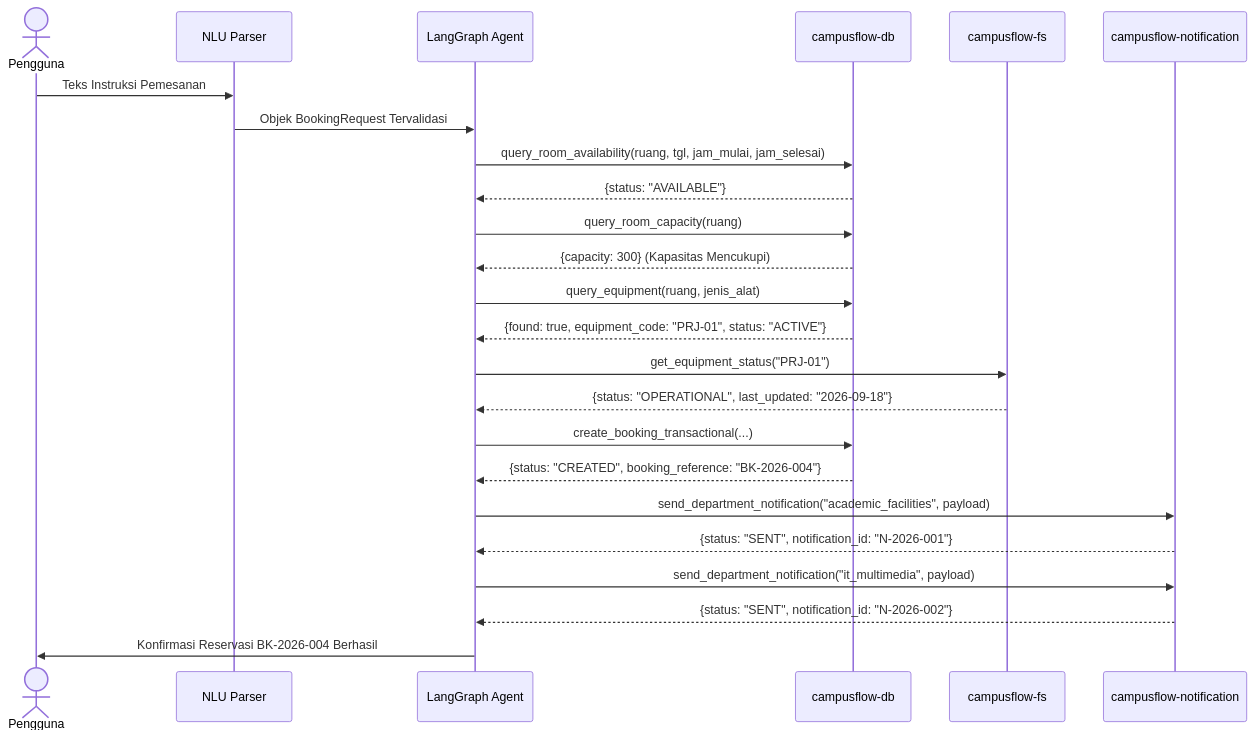
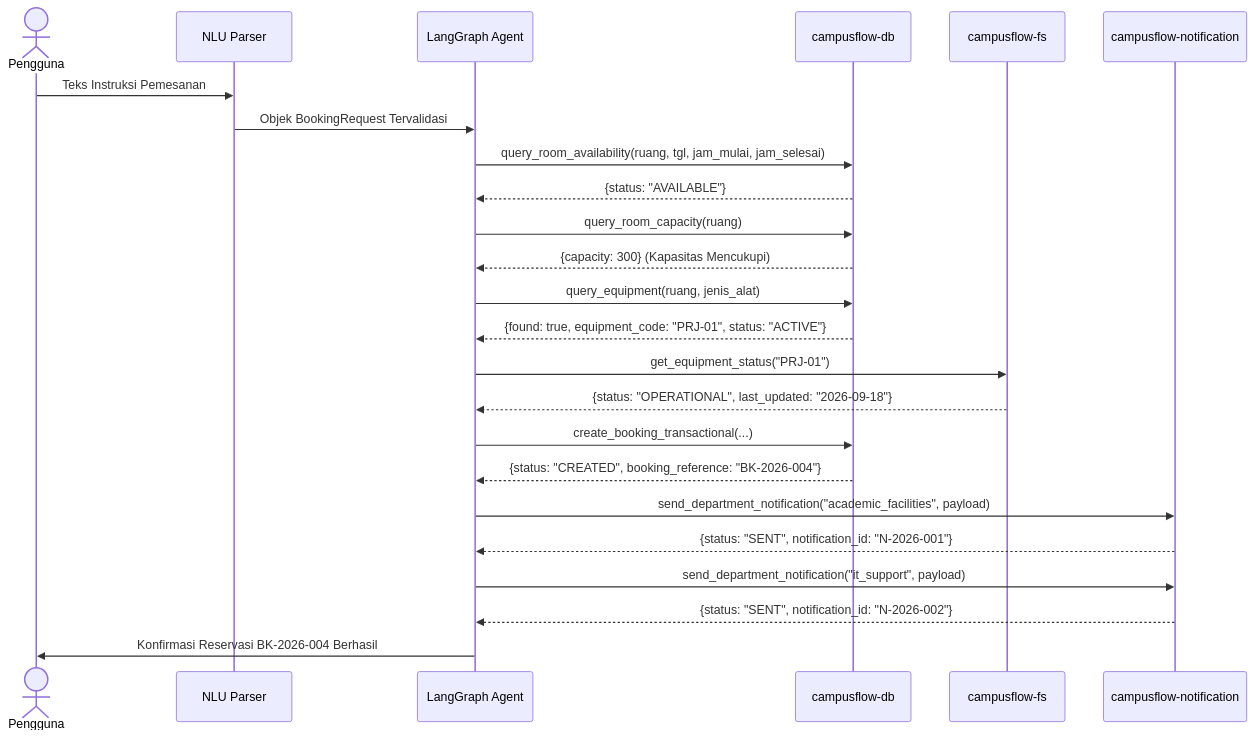
One commit to DavinChr/TalentSource-CampusFlow changed the second of 2 diagrams in docs/SRS_CampusFlow.md. Above: the diagram before and after it, drawn with Mermaid. The commit also changed other lines of this file and 39 other files, not shown here.

````diff
--- a/docs/SRS_CampusFlow.md
+++ b/docs/SRS_CampusFlow.md
@@ -657,27 +657,27 @@
 ```mermaid
 sequenceDiagram
     actor User as Pengguna
     participant NLU as NLU Parser
     participant AG as LangGraph Agent
     participant DB as campusflow-db
     participant FS as campusflow-fs
     participant NT as campusflow-notification
 
     User->>NLU: Teks Instruksi Pemesanan
     NLU->>AG: Objek BookingRequest Tervalidasi
     AG->>DB: query_room_availability(ruang, tgl, jam_mulai, jam_selesai)
     DB-->>AG: {status: "AVAILABLE"}
     AG->>DB: query_room_capacity(ruang)
     DB-->>AG: {capacity: 300} (Kapasitas Mencukupi)
     AG->>DB: query_equipment(ruang, jenis_alat)
     DB-->>AG: {found: true, equipment_code: "PRJ-01", status: "ACTIVE"}
     AG->>FS: get_equipment_status("PRJ-01")
     FS-->>AG: {status: "OPERATIONAL", last_updated: "2026-09-18"}
     AG->>DB: create_booking_transactional(...)
     DB-->>AG: {status: "CREATED", booking_reference: "BK-2026-004"}
     AG->>NT: send_department_notification("academic_facilities", payload)
     NT-->>AG: {status: "SENT", notification_id: "N-2026-001"}
-    AG->>NT: send_department_notification("it_multimedia", payload)
+    AG->>NT: send_department_notification("it_support", payload)
     NT-->>AG: {status: "SENT", notification_id: "N-2026-002"}
     AG->>User: Konfirmasi Reservasi BK-2026-004 Berhasil
 ```
````
